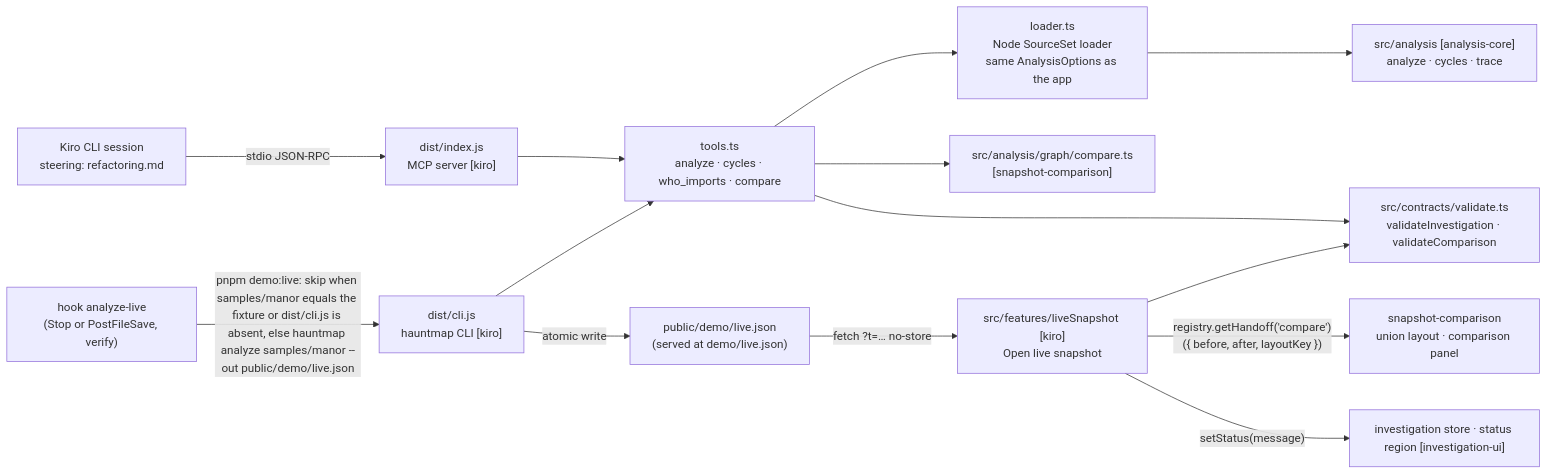
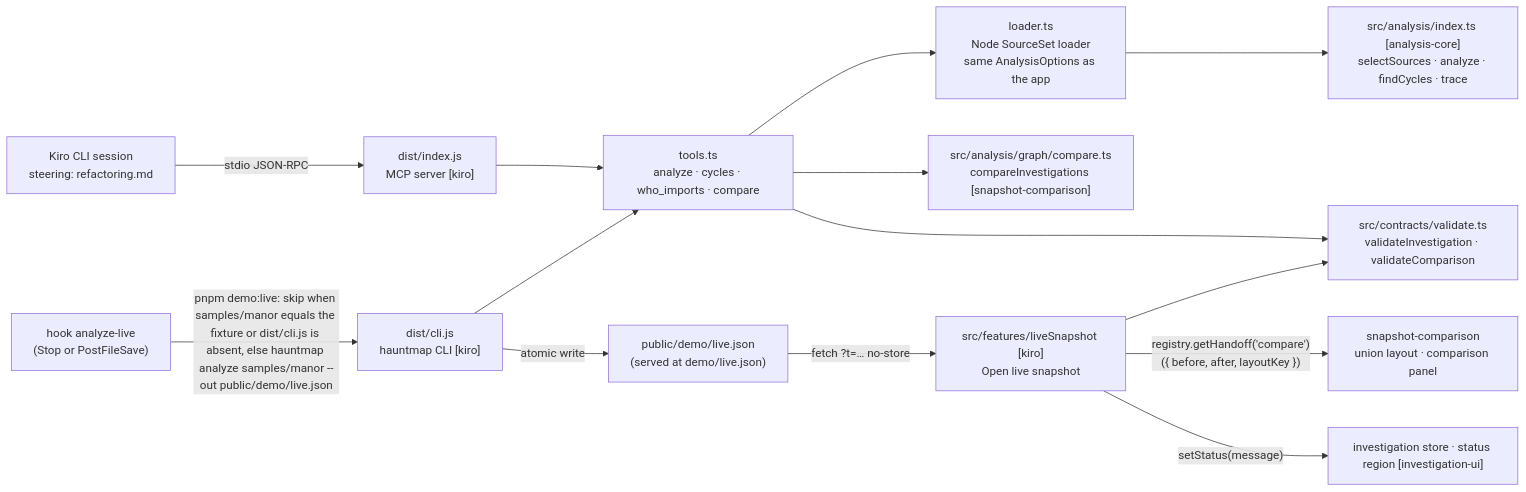
The first of 3 diagrams in .kiro/specs/kiro-integration/design.md (Midknight56/hauntmap), drawn with Mermaid before and after one commit. The commit also changed other lines of this file and 5 other files, not shown here.

````diff
--- a/.kiro/specs/kiro-integration/design.md
+++ b/.kiro/specs/kiro-integration/design.md
@@ -13,16 +13,16 @@
 ```mermaid
 flowchart LR
   K["Kiro CLI session<br/>steering: refactoring.md"] -->|"stdio JSON-RPC"| S["dist/index.js<br/>MCP server [kiro]"]
-  H["hook analyze-live<br/>(Stop or PostFileSave, verify)"] -->|"pnpm demo:live: skip when samples/manor equals the fixture or dist/cli.js is absent, else hauntmap analyze samples/manor --out public/demo/live.json"| C["dist/cli.js<br/>hauntmap CLI [kiro]"]
+  H["hook analyze-live<br/>(Stop or PostFileSave)"] -->|"pnpm demo:live: skip when samples/manor equals the fixture or dist/cli.js is absent, else hauntmap analyze samples/manor --out public/demo/live.json"| C["dist/cli.js<br/>hauntmap CLI [kiro]"]
   S --> T["tools.ts<br/>analyze · cycles · who_imports · compare"]
   C --> T
   T --> L["loader.ts<br/>Node SourceSet loader<br/>same AnalysisOptions as the app"]
-  L --> A["src/analysis [analysis-core]<br/>analyze · cycles · trace"]
-  T --> CMP["src/analysis/graph/compare.ts<br/>[snapshot-comparison]"]
+  L --> A["src/analysis/index.ts [analysis-core]<br/>selectSources · analyze · findCycles · trace"]
+  T --> CMP["src/analysis/graph/compare.ts<br/>compareInvestigations [snapshot-comparison]"]
   T --> V["src/contracts/validate.ts<br/>validateInvestigation · validateComparison"]
   C -->|"atomic write"| J["public/demo/live.json<br/>(served at demo/live.json)"]
   J -->|"fetch ?t=… no-store"| LS["src/features/liveSnapshot [kiro]<br/>Open live snapshot"]
   LS --> V
   LS -->|"registry.getHandoff('compare')({ before, after, layoutKey })"| SC["snapshot-comparison<br/>union layout · comparison panel"]
   LS -->|"setStatus(message)"| ST["investigation store · status region [investigation-ui]"]
 ```
````
